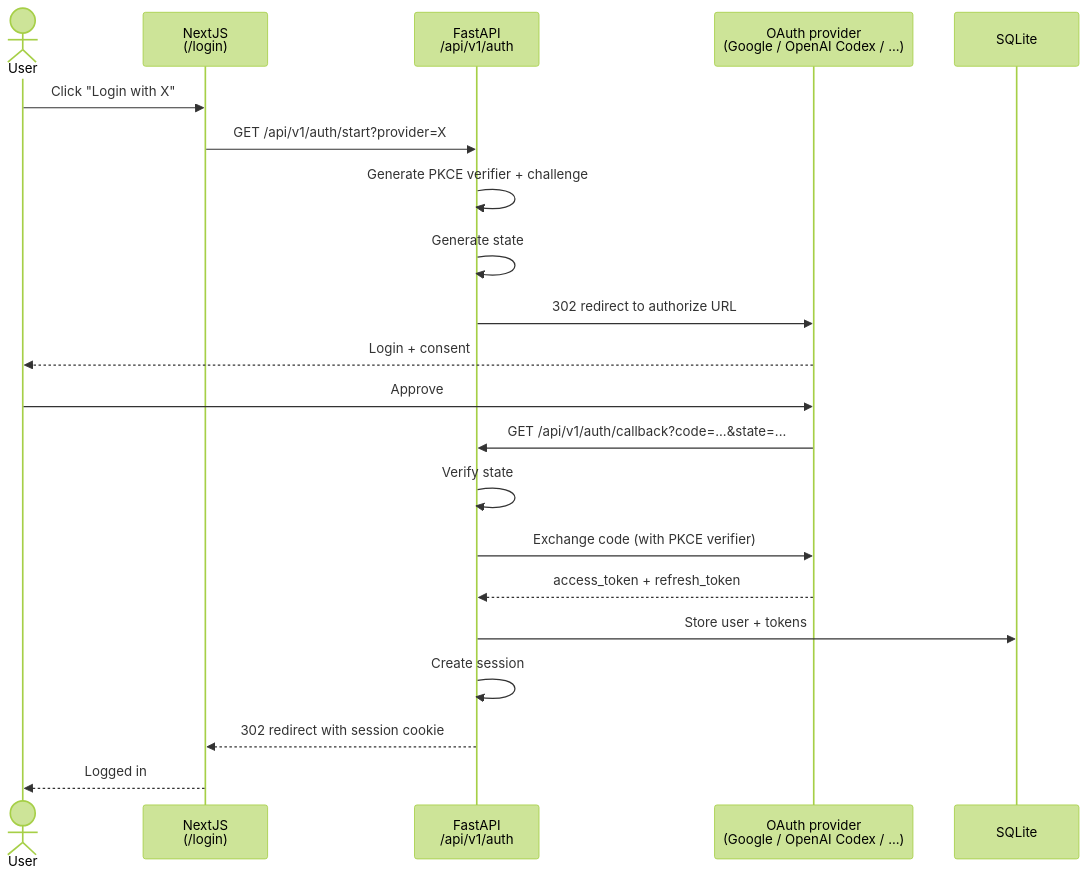
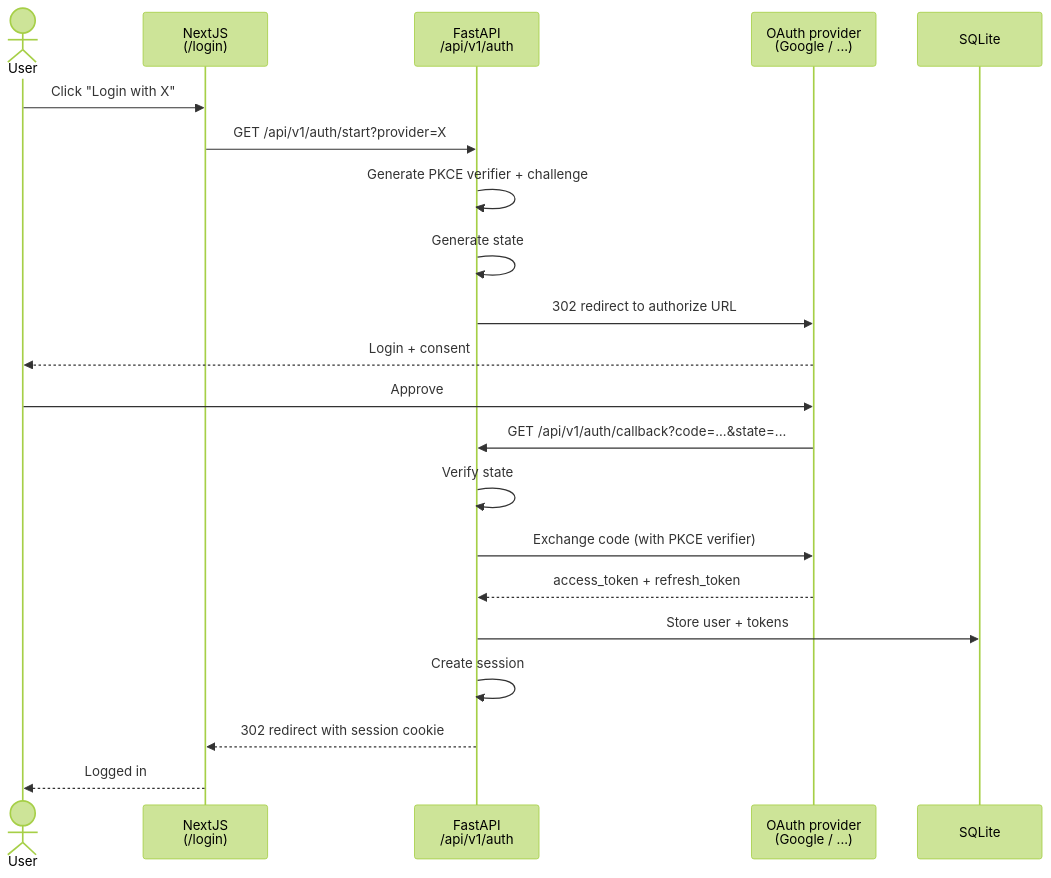
The eighth of 11 diagrams in docs/architecture/06-data-flow.md (xuanthai-work/presenton-gapo), drawn with Mermaid (forest theme) before and after one commit. The commit also changed 120 other files, not shown here.

````diff
--- a/docs/architecture/06-data-flow.md
+++ b/docs/architecture/06-data-flow.md
@@ -185,24 +185,24 @@
 ```mermaid
 sequenceDiagram
     actor User
     participant N as NextJS<br/>(/login)
     participant F as FastAPI<br/>/api/v1/auth
-    participant Oauth as OAuth provider<br/>(Google / OpenAI Codex / ...)
+    participant Oauth as OAuth provider<br/>(Google / ...)
     participant DB as SQLite
 
     User->>N: Click "Login with X"
     N->>F: GET /api/v1/auth/start?provider=X
     F->>F: Generate PKCE verifier + challenge
     F->>F: Generate state
     F->>Oauth: 302 redirect to authorize URL
     Oauth-->>User: Login + consent
     User->>Oauth: Approve
     Oauth->>F: GET /api/v1/auth/callback?code=...&state=...
     F->>F: Verify state
     F->>Oauth: Exchange code (with PKCE verifier)
     Oauth-->>F: access_token + refresh_token
     F->>DB: Store user + tokens
     F->>F: Create session
     F-->>N: 302 redirect with session cookie
     N-->>User: Logged in
 ```
````
